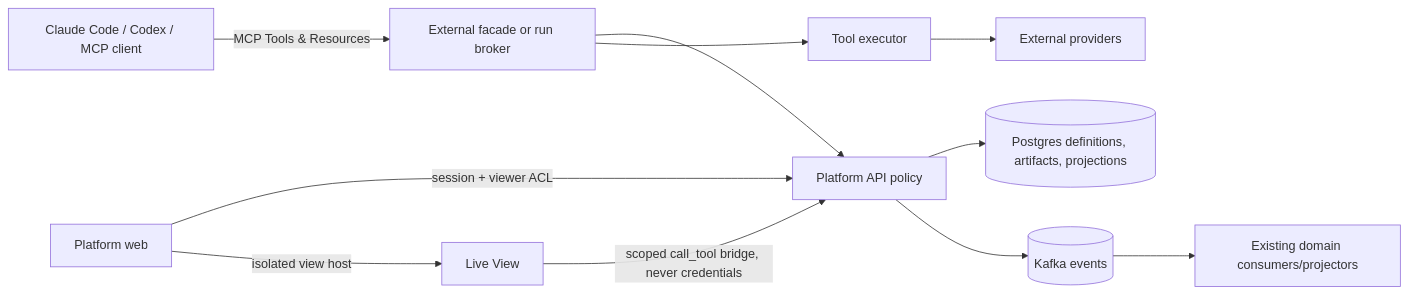
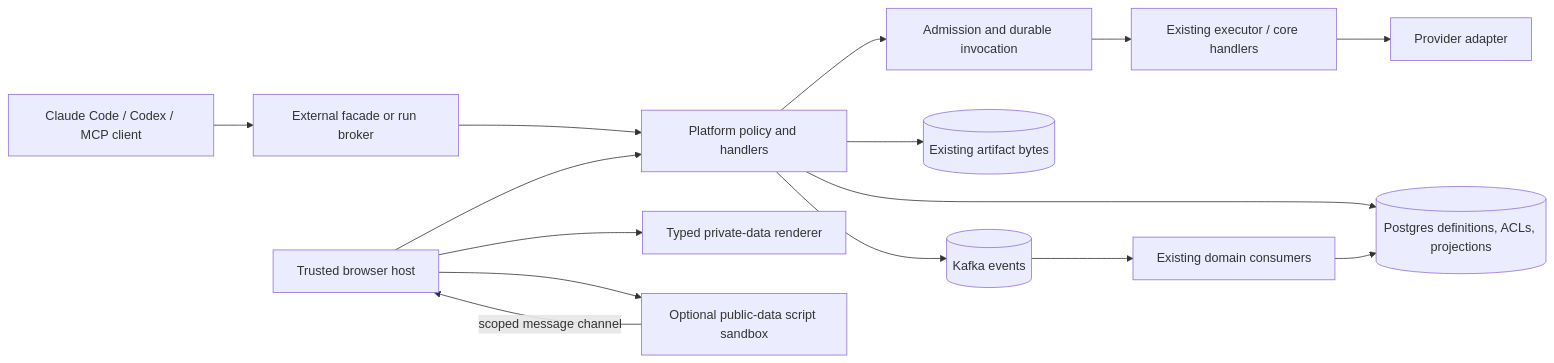
One commit to kylep/agent-platform changed the diagram in docs/design/33-capabilities-plugins-and-live-apps.md. Above: the diagram before and after it, drawn with Mermaid. The commit also changed other lines of this file, not shown here.

Commit message:
Revise design 33 after external research review

````diff
--- a/docs/design/33-capabilities-plugins-and-live-apps.md
+++ b/docs/design/33-capabilities-plugins-and-live-apps.md
@@ -47,13 +69,17 @@
 ```mermaid
 flowchart LR
-  H[Claude Code / Codex / MCP client] -->|MCP Tools & Resources| F[External facade or run broker]
-  F --> P[Platform API policy]
-  P --> D[(Postgres definitions, artifacts, projections)]
-  F --> E[Tool executor]
-  E --> X[External providers]
+  M[Claude Code / Codex / MCP client] --> F[External facade or run broker]
+  F --> P[Platform policy and handlers]
+  B[Trusted browser host] --> P
+  B --> T[Typed private-data renderer]
+  B --> J[Optional public-data script sandbox]
+  J -->|scoped message channel| B
+  P --> A[Admission and durable invocation]
+  A --> E[Existing executor / core handlers]
+  E --> X[Provider adapter]
+  P --> D[(Postgres definitions, ACLs, projections)]
+  P --> R[(Existing artifact bytes)]
   P --> K[(Kafka events)]
-  K --> C[Existing domain consumers/projectors]
-  W[Platform web] -->|session + viewer ACL| P
-  W -->|isolated view host| V[Live View]
-  V -->|scoped call_tool bridge, never credentials| P
+  K --> C[Existing domain consumers]
+  C --> D
 ```
````
